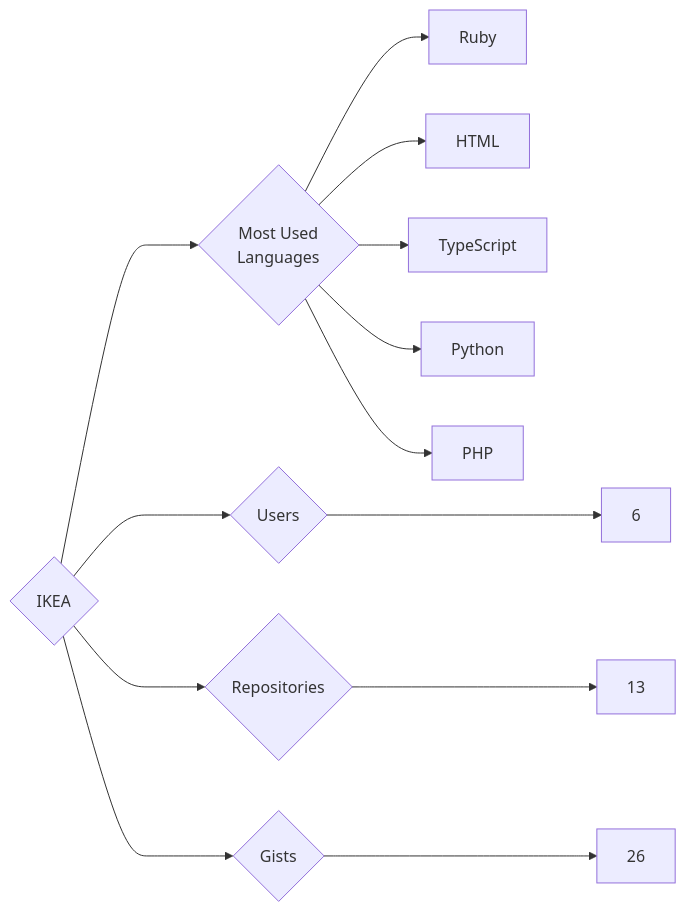
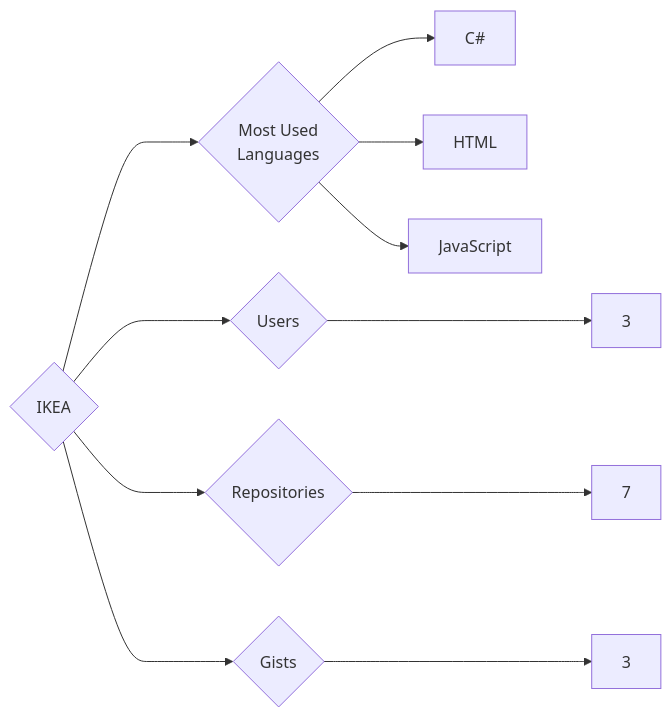
One commit to trickest/insiders changed the diagram in targets/IKEA/README.md. Above: the diagram before and after it, drawn with Mermaid. The commit also changed 993 other files, not shown here.

````diff
--- a/targets/IKEA/README.md
+++ b/targets/IKEA/README.md
@@ -3,13 +3,11 @@
 ```mermaid
 graph LR
 COMPANY_NAME{IKEA}
-COMPANY_NAME ---> U{Users} ---> UN[6]
-COMPANY_NAME ---> R{Repositories} ---> RN[13]
-COMPANY_NAME ---> G{Gists} ---> GN[26]
+COMPANY_NAME ---> U{Users} ---> UN[3]
+COMPANY_NAME ---> R{Repositories} ---> RN[7]
+COMPANY_NAME ---> G{Gists} ---> GN[3]
 COMPANY_NAME ---> ML{Most Used<br>Languages}
-ML --> Ruby[Ruby]
+ML --> C#[C#]
 ML --> HTML[HTML]
-ML --> TypeScript[TypeScript]
-ML --> Python[Python]
-ML --> PHP[PHP]
+ML --> JavaScript[JavaScript]
 ```
````
